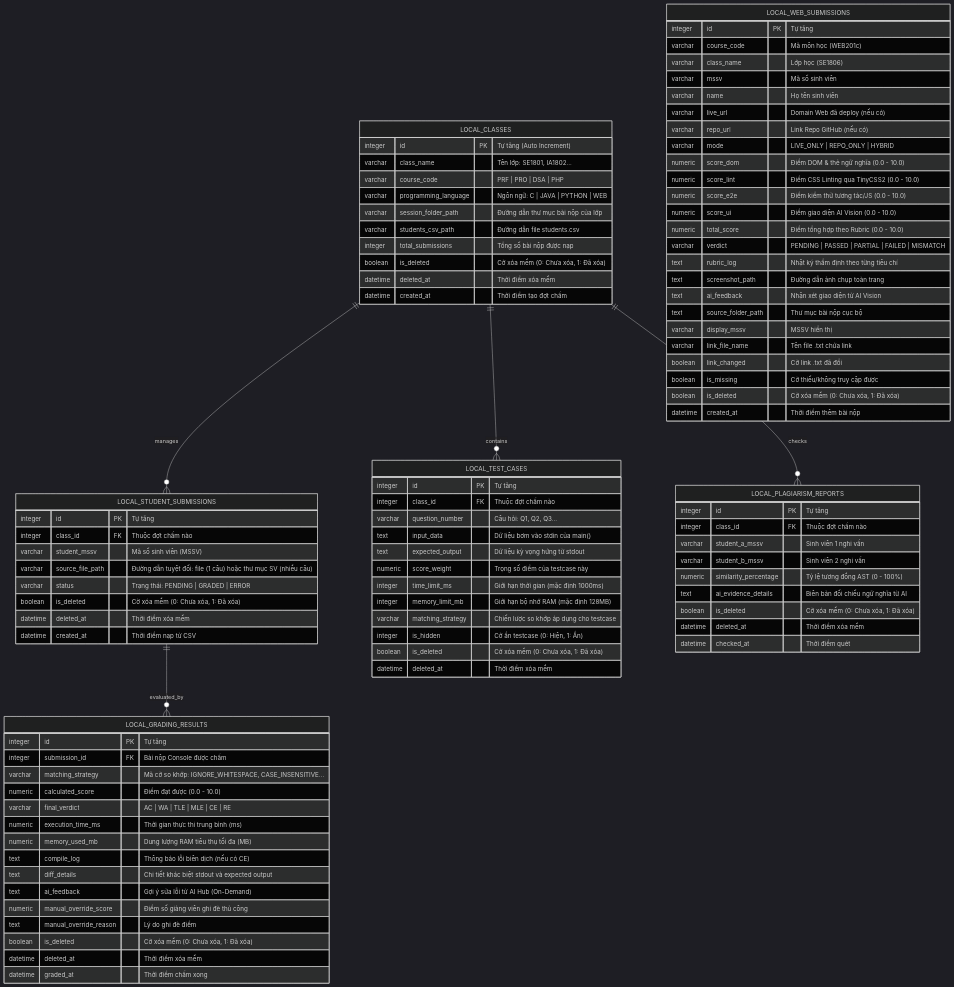
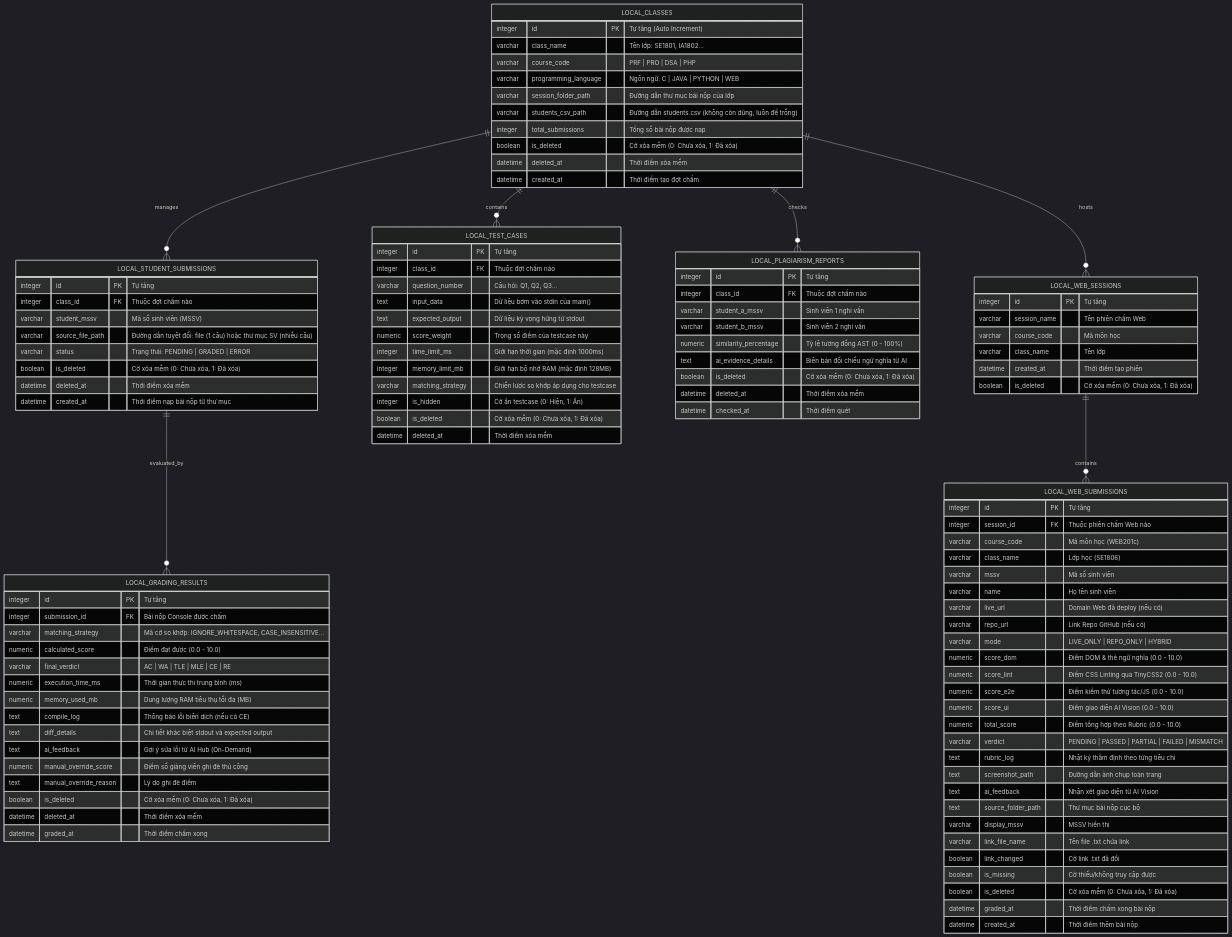
One commit to gray8493/iata_project changed the second of 2 diagrams in docs/architecture/database_schema.md. Above: the diagram before and after it, drawn with Mermaid (dark theme). The commit also changed other lines of this file and 7 other files, not shown here.

First line of the commit message:
docs(architecture): sync use cases, schema and api codes with current code

```diff
--- a/docs/architecture/database_schema.md
+++ b/docs/architecture/database_schema.md
@@ -86,7 +86,7 @@
         varchar course_code "PRF | PRO | DSA | PHP"
         varchar programming_language "Ngôn ngữ: C | JAVA | PYTHON | WEB"
         varchar session_folder_path "Đường dẫn thư mục bài nộp của lớp"
-        varchar students_csv_path "Đường dẫn file students.csv"
+        varchar students_csv_path "Đường dẫn students.csv (không còn dùng, luôn để trống)"
         integer total_submissions "Tổng số bài nộp được nạp"
         boolean is_deleted "Cờ xóa mềm (0: Chưa xóa, 1: Đã xóa)"
         datetime deleted_at "Thời điểm xóa mềm"
@@ -101,7 +101,7 @@
         varchar status "Trạng thái: PENDING | GRADED | ERROR"
         boolean is_deleted "Cờ xóa mềm (0: Chưa xóa, 1: Đã xóa)"
         datetime deleted_at "Thời điểm xóa mềm"
-        datetime created_at "Thời điểm nạp từ CSV"
+        datetime created_at "Thời điểm nạp bài nộp từ thư mục"
     }
 
     LOCAL_TEST_CASES {
@@ -137,8 +137,21 @@
         datetime graded_at "Thời điểm chấm xong"
     }
 
+    LOCAL_CLASSES ||--o{ LOCAL_WEB_SESSIONS : "hosts"
+    LOCAL_WEB_SESSIONS ||--o{ LOCAL_WEB_SUBMISSIONS : "contains"
+
+    LOCAL_WEB_SESSIONS {
+        integer id PK "Tự tăng"
+        varchar session_name "Tên phiên chấm Web"
+        varchar course_code "Mã môn học"
+        varchar class_name "Tên lớp"
+        datetime created_at "Thời điểm tạo phiên"
+        boolean is_deleted "Cờ xóa mềm (0: Chưa xóa, 1: Đã xóa)"
+    }
+
     LOCAL_WEB_SUBMISSIONS {
         integer id PK "Tự tăng"
+        integer session_id FK "Thuộc phiên chấm Web nào"
         varchar course_code "Mã môn học (WEB201c)"
         varchar class_name "Lớp học (SE1806)"
         varchar mssv "Mã số sinh viên"
@@ -161,6 +174,7 @@
         boolean link_changed "Cờ link .txt đã đổi"
         boolean is_missing "Cờ thiếu/không truy cập được"
         boolean is_deleted "Cờ xóa mềm (0: Chưa xóa, 1: Đã xóa)"
+        datetime graded_at "Thời điểm chấm xong bài nộp"
         datetime created_at "Thời điểm thêm bài nộp"
     }
 
```
